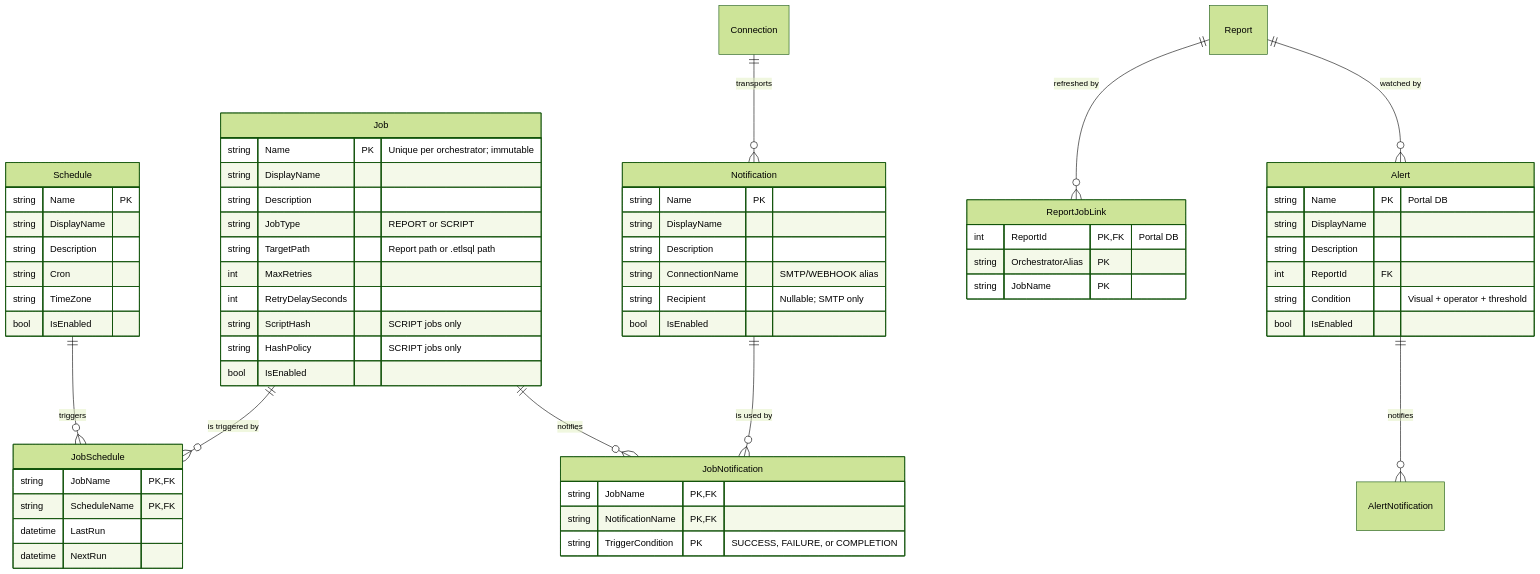
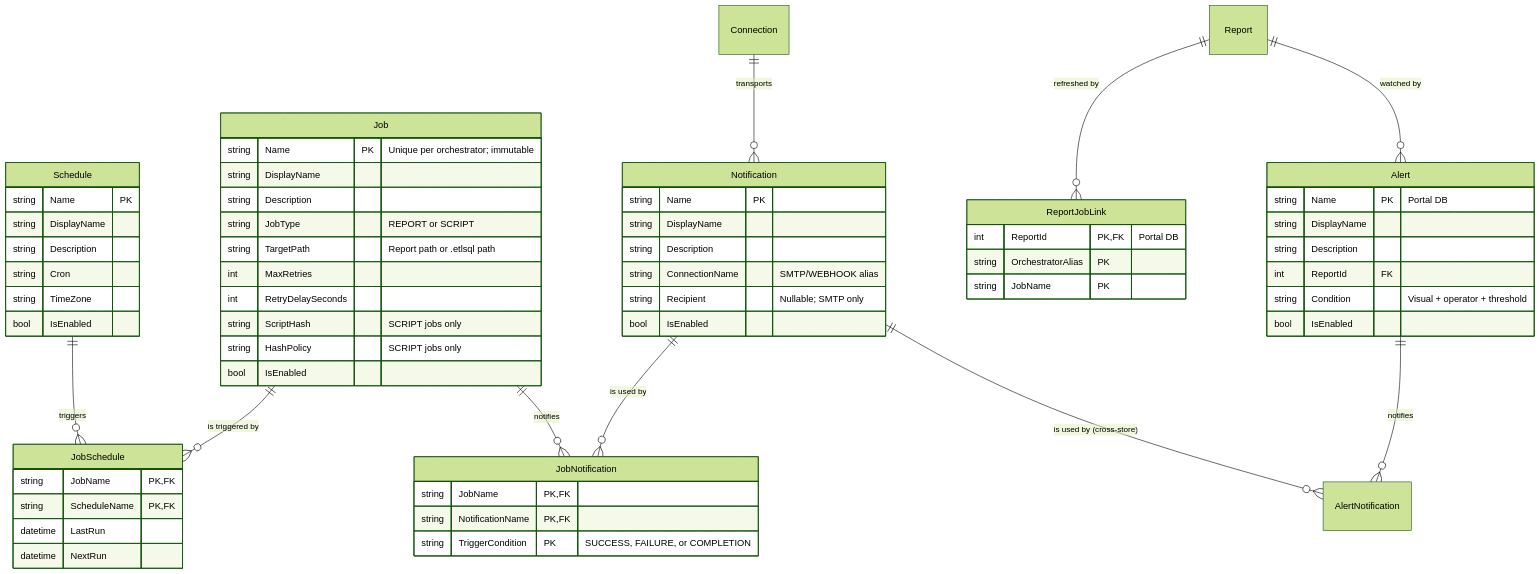
Before and after one commit to etl-sql/ETL-SQL: the diagram in docs/architecture/decisions/job_schedule_notification.md, drawn with Mermaid (forest theme). The commit also changed other lines of this file and 2 other files, not shown here.

First line of the commit message:
docs: finalise the job/schedule/notification design

````diff
--- a/docs/architecture/decisions/job_schedule_notification.md
+++ b/docs/architecture/decisions/job_schedule_notification.md
@@ -127,70 +134,71 @@
 ```mermaid
 erDiagram
     Schedule ||--o{ JobSchedule : triggers
     Job ||--o{ JobSchedule : "is triggered by"
     Job ||--o{ JobNotification : notifies
     Notification ||--o{ JobNotification : "is used by"
     Alert ||--o{ AlertNotification : notifies
+    Notification ||--o{ AlertNotification : "is used by (cross-store)"
     Connection ||--o{ Notification : transports
     Report ||--o{ ReportJobLink : "refreshed by"
     Report ||--o{ Alert : "watched by"
 
     Job {
         string Name PK "Unique per orchestrator; immutable"
         string DisplayName
         string Description
         string JobType "REPORT or SCRIPT"
         string TargetPath "Report path or .etlsql path"
         int MaxRetries
         int RetryDelaySeconds
         string ScriptHash "SCRIPT jobs only"
         string HashPolicy "SCRIPT jobs only"
         bool IsEnabled
     }
 
     Schedule {
         string Name PK
         string DisplayName
         string Description
         string Cron
         string TimeZone
         bool IsEnabled
     }
 
     Notification {
         string Name PK
         string DisplayName
         string Description
         string ConnectionName "SMTP/WEBHOOK alias"
         string Recipient "Nullable; SMTP only"
         bool IsEnabled
     }
 
     Alert {
         string Name PK "Portal DB"
         string DisplayName
         string Description
         int ReportId FK
         string Condition "Visual + operator + threshold"
         bool IsEnabled
     }
 
     JobSchedule {
         string JobName PK, FK
         string ScheduleName PK, FK
         datetime LastRun
         datetime NextRun
     }
 
     JobNotification {
         string JobName PK, FK
         string NotificationName PK, FK
         string TriggerCondition PK "SUCCESS, FAILURE, or COMPLETION"
     }
 
     ReportJobLink {
         int ReportId PK, FK "Portal DB"
         string OrchestratorAlias PK
         string JobName PK
     }
 ```
````
